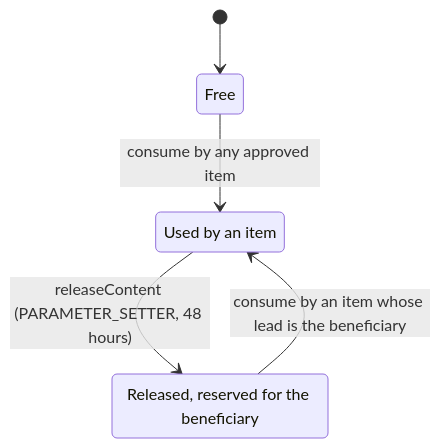
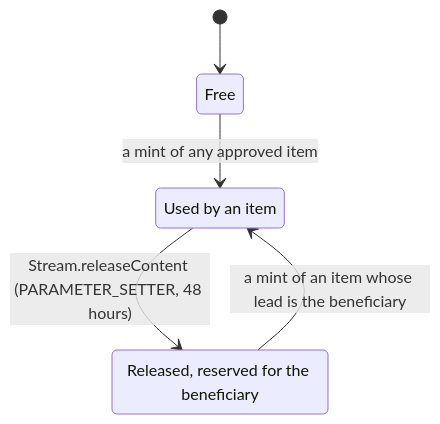
One commit to 6529-Collections/6529-works changed the second of 8 diagrams in docs/spec/curation.md. Above: the diagram before and after it, drawn with Mermaid. The commit also changed other lines of this file and 369 other files, not shown here.

````diff
--- a/docs/spec/curation.md
+++ b/docs/spec/curation.md
@@ -179,10 +183,10 @@
 ```mermaid
 stateDiagram-v2
     state "Free" as Free
     state "Used by an item" as Used
     state "Released, reserved for the beneficiary" as Released
     [*] --> Free
-    Free --> Used : consume by any approved item
-    Used --> Released : releaseContent (PARAMETER_SETTER, 48 hours)
-    Released --> Used : consume by an item whose lead is the beneficiary
+    Free --> Used : a mint of any approved item
+    Used --> Released : Stream.releaseContent (PARAMETER_SETTER, 48 hours)
+    Released --> Used : a mint of an item whose lead is the beneficiary
 ```
````
